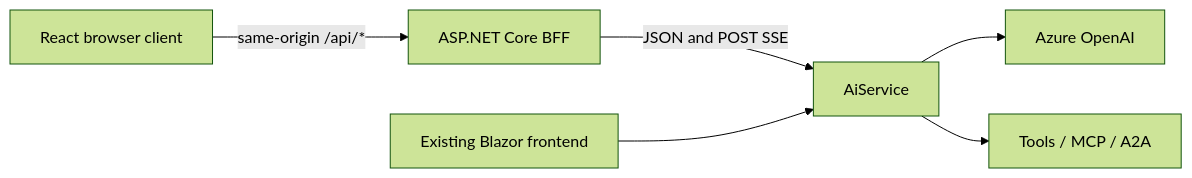
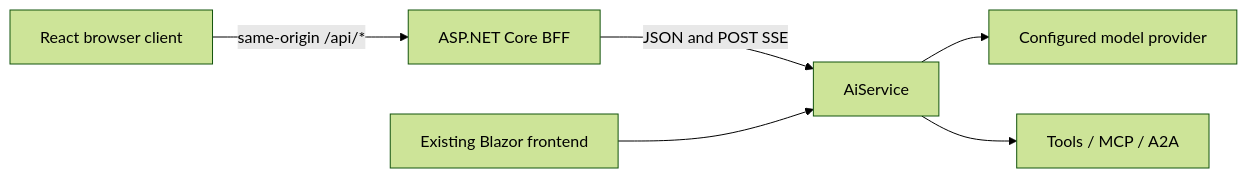
Before and after one commit to o-viken/AgenticLab: the diagram in docs/react-frontend.md, drawn with Mermaid (forest theme). The commit also changed 41 other files, not shown here.

````diff
--- a/docs/react-frontend.md
+++ b/docs/react-frontend.md
@@ -9,8 +9,8 @@
 ```mermaid
 flowchart LR
     React[React browser client] -->|"same-origin /api/*"| BFF[ASP.NET Core BFF]
     BFF -->|"JSON and POST SSE"| AI[AiService]
     Blazor[Existing Blazor frontend] --> AI
-    AI --> Model[Azure OpenAI]
+    AI --> Model[Configured model provider]
     AI --> Tools[Tools / MCP / A2A]
 ```
````
